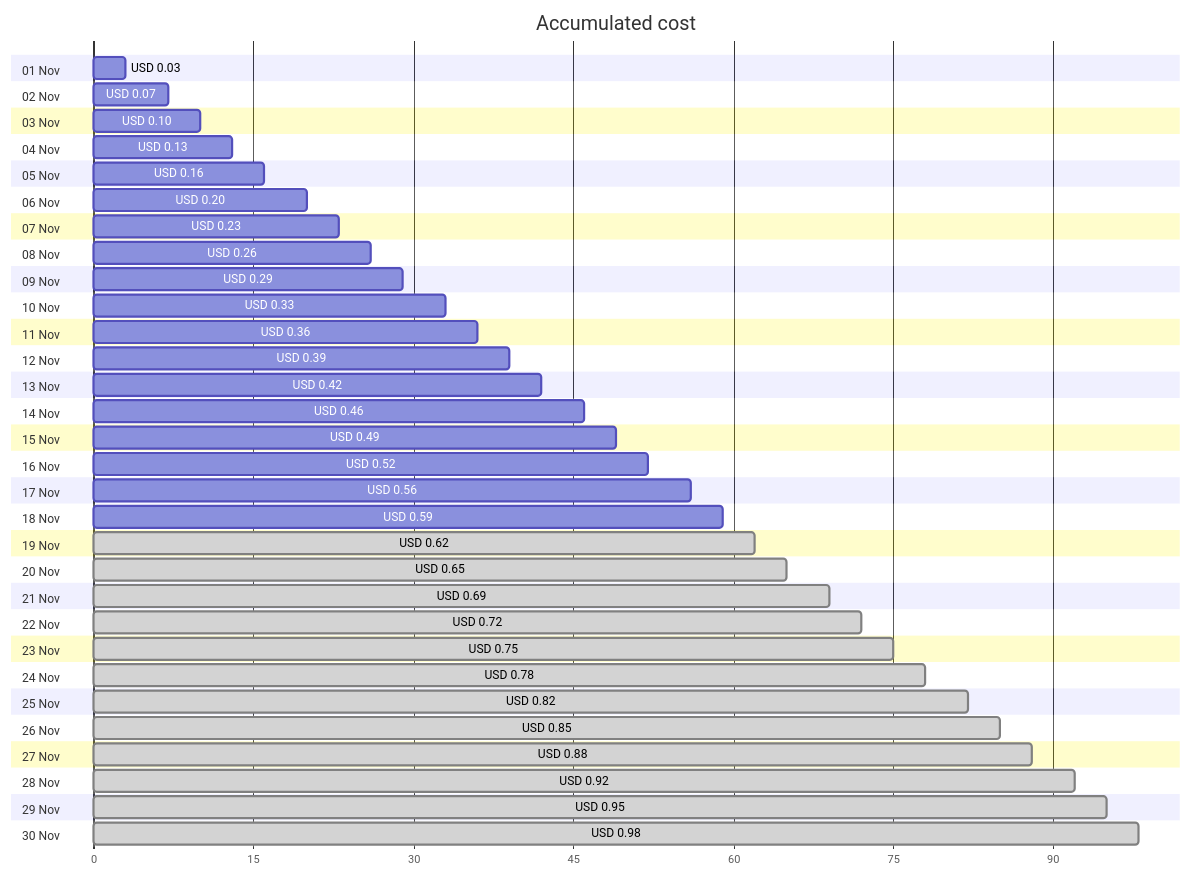
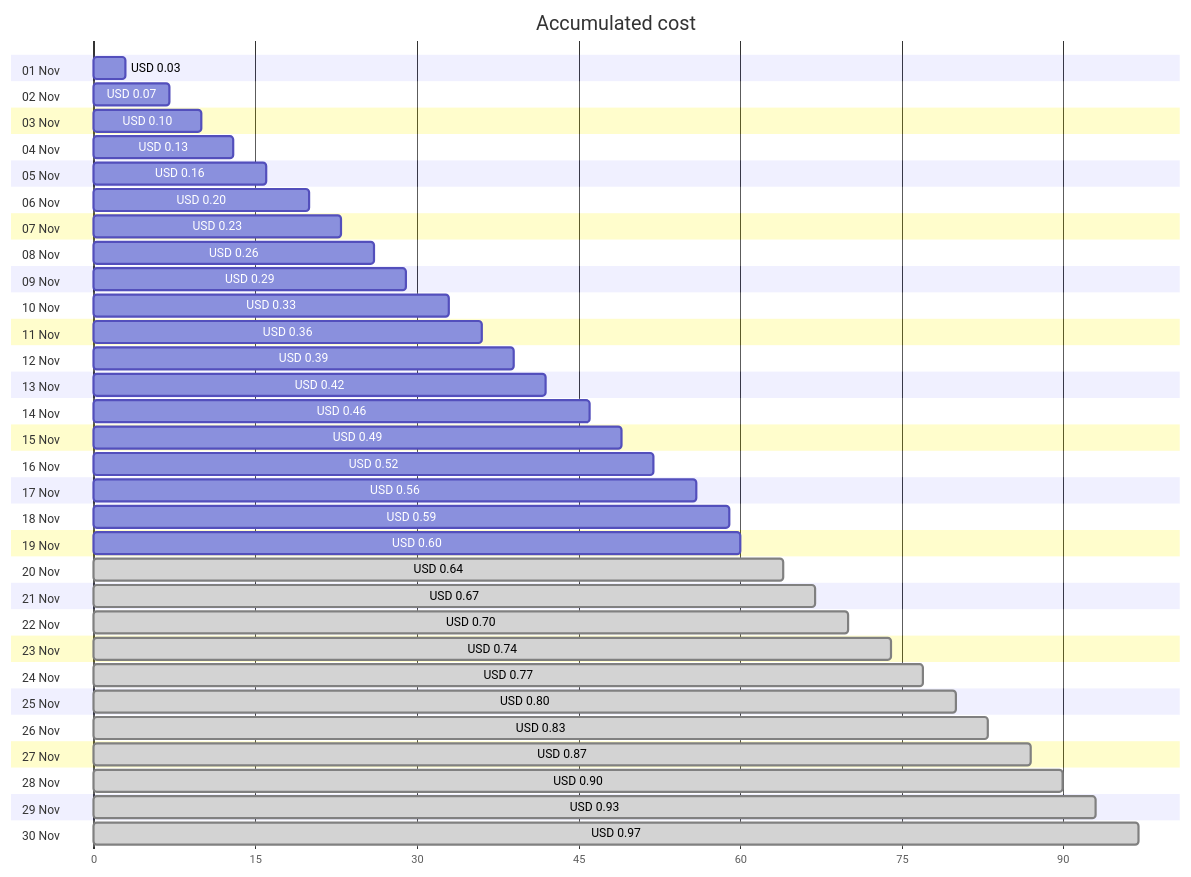
Before and after one commit to jpfulton/azure-personal-reports: the first of 4 diagrams in cost-reports/personal-dns/README.md, drawn with Mermaid. The commit also changed other lines of this file and 2 other files, not shown here.

Commit message:
Generated reports [skip ci]

````diff
--- a/cost-reports/personal-dns/README.md
+++ b/cost-reports/personal-dns/README.md
@@ -20,66 +20,66 @@
 ```mermaid
 gantt
    title Accumulated cost
    dateFormat  X
    axisFormat %s
    section 01 Nov
    USD 0.03 :0, 3
    section 02 Nov
    USD 0.07 :0, 7
    section 03 Nov
    USD 0.10 :0, 10
    section 04 Nov
    USD 0.13 :0, 13
    section 05 Nov
    USD 0.16 :0, 16
    section 06 Nov
    USD 0.20 :0, 20
    section 07 Nov
    USD 0.23 :0, 23
    section 08 Nov
    USD 0.26 :0, 26
    section 09 Nov
    USD 0.29 :0, 29
    section 10 Nov
    USD 0.33 :0, 33
    section 11 Nov
    USD 0.36 :0, 36
    section 12 Nov
    USD 0.39 :0, 39
    section 13 Nov
    USD 0.42 :0, 42
    section 14 Nov
    USD 0.46 :0, 46
    section 15 Nov
    USD 0.49 :0, 49
    section 16 Nov
    USD 0.52 :0, 52
    section 17 Nov
    USD 0.56 :0, 56
    section 18 Nov
    USD 0.59 :0, 59
    section 19 Nov
-   USD 0.62 : done, 0, 62
+   USD 0.60 :0, 60
    section 20 Nov
-   USD 0.65 : done, 0, 65
+   USD 0.64 : done, 0, 64
    section 21 Nov
-   USD 0.69 : done, 0, 69
+   USD 0.67 : done, 0, 67
    section 22 Nov
-   USD 0.72 : done, 0, 72
+   USD 0.70 : done, 0, 70
    section 23 Nov
-   USD 0.75 : done, 0, 75
+   USD 0.74 : done, 0, 74
    section 24 Nov
-   USD 0.78 : done, 0, 78
+   USD 0.77 : done, 0, 77
    section 25 Nov
-   USD 0.82 : done, 0, 82
+   USD 0.80 : done, 0, 80
    section 26 Nov
-   USD 0.85 : done, 0, 85
+   USD 0.83 : done, 0, 83
    section 27 Nov
-   USD 0.88 : done, 0, 88
+   USD 0.87 : done, 0, 87
    section 28 Nov
-   USD 0.92 : done, 0, 92
+   USD 0.90 : done, 0, 90
    section 29 Nov
-   USD 0.95 : done, 0, 95
+   USD 0.93 : done, 0, 93
    section 30 Nov
-   USD 0.98 : done, 0, 98
+   USD 0.97 : done, 0, 97
 ```
````
